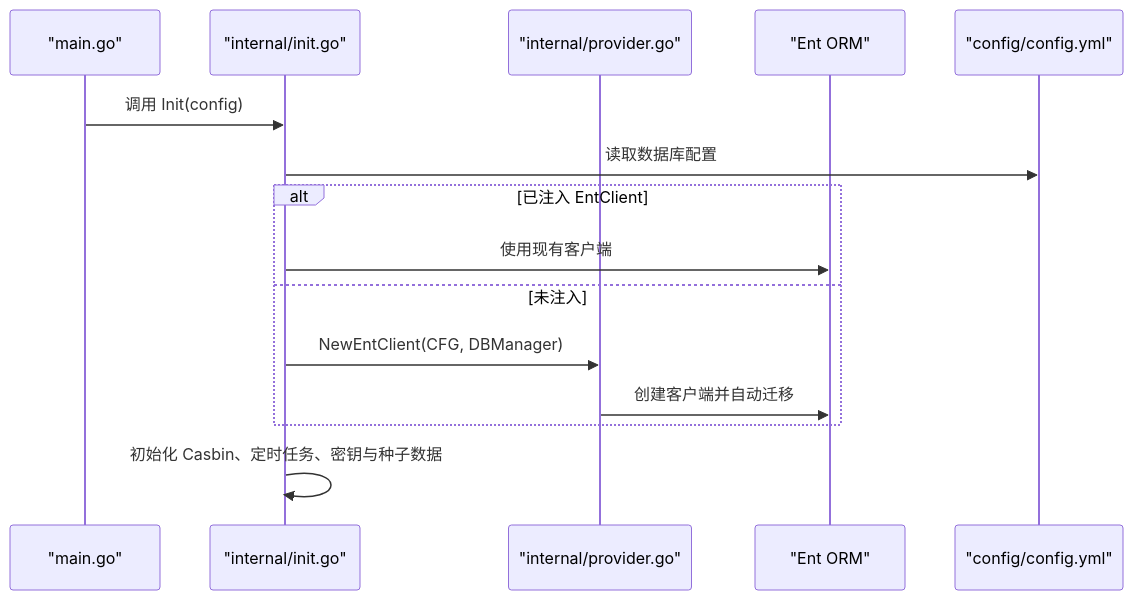
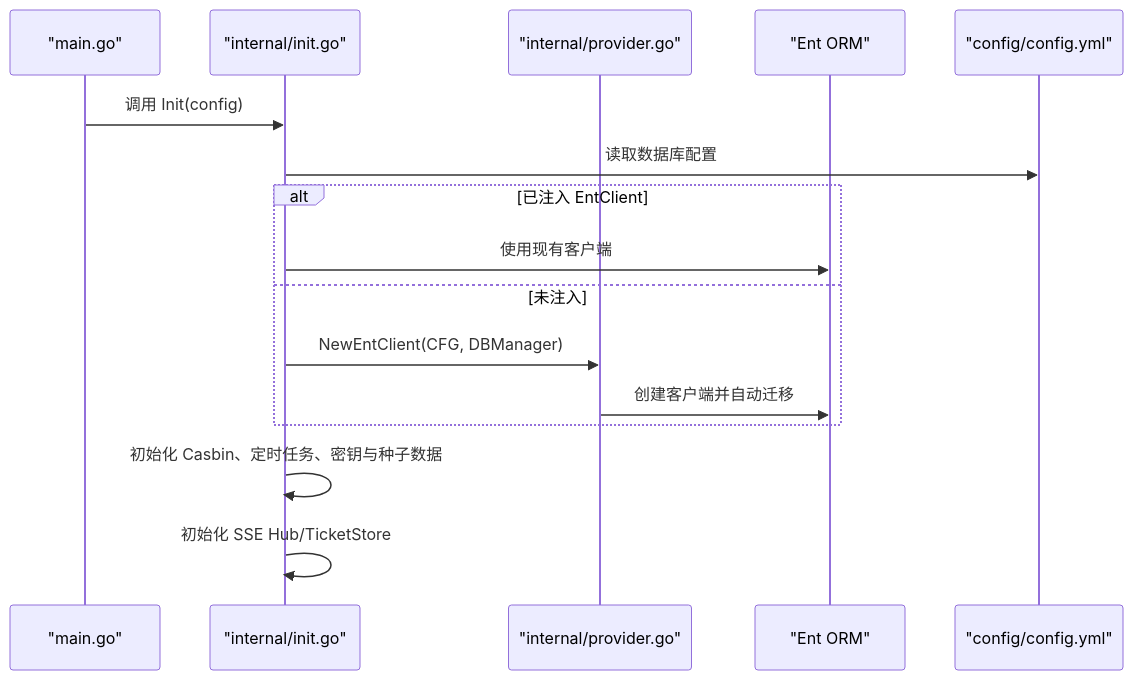
The third of 4 diagrams in .qoder/repowiki/zh/content/开发指南/开发环境搭建.md (wuwuseo/e-sports-go-admin), drawn with Mermaid before and after one commit. The commit also changed other lines of this file and 42 other files, not shown here.

````diff
--- a/.qoder/repowiki/zh/content/开发指南/开发环境搭建.md
+++ b/.qoder/repowiki/zh/content/开发指南/开发环境搭建.md
@@ -197,17 +201,18 @@
 ```mermaid
 sequenceDiagram
 participant Main as "main.go"
 participant Init as "internal/init.go"
 participant Prov as "internal/provider.go"
 participant DB as "Ent ORM"
 participant CFG as "config/config.yml"
 Main->>Init : 调用 Init(config)
 Init->>CFG : 读取数据库配置
 alt 已注入 EntClient
 Init->>DB : 使用现有客户端
 else 未注入
 Init->>Prov : NewEntClient(CFG, DBManager)
 Prov->>DB : 创建客户端并自动迁移
 end
 Init->>Init : 初始化 Casbin、定时任务、密钥与种子数据
+Init->>Init : 初始化 SSE Hub/TicketStore
 ```
````
